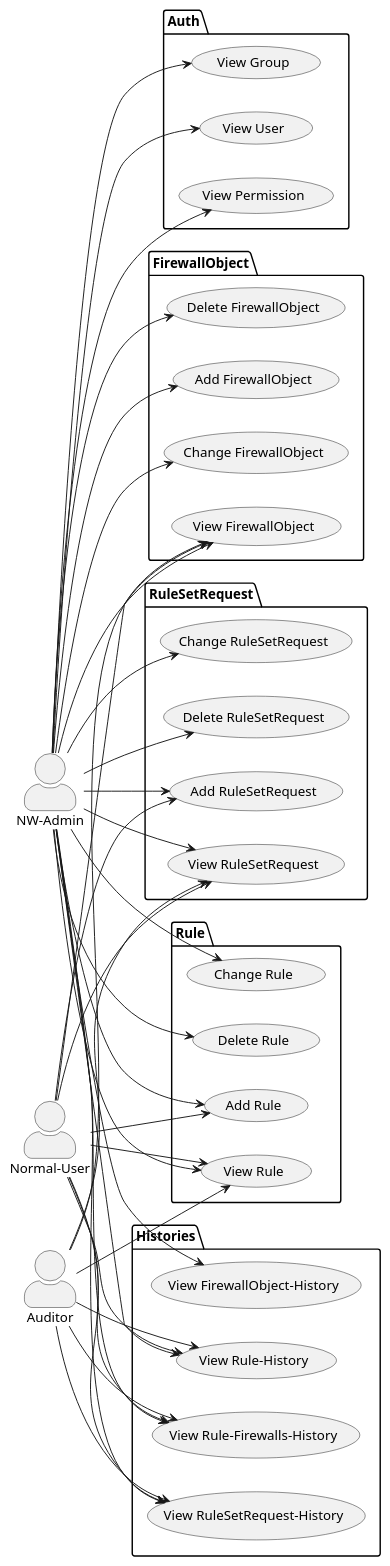
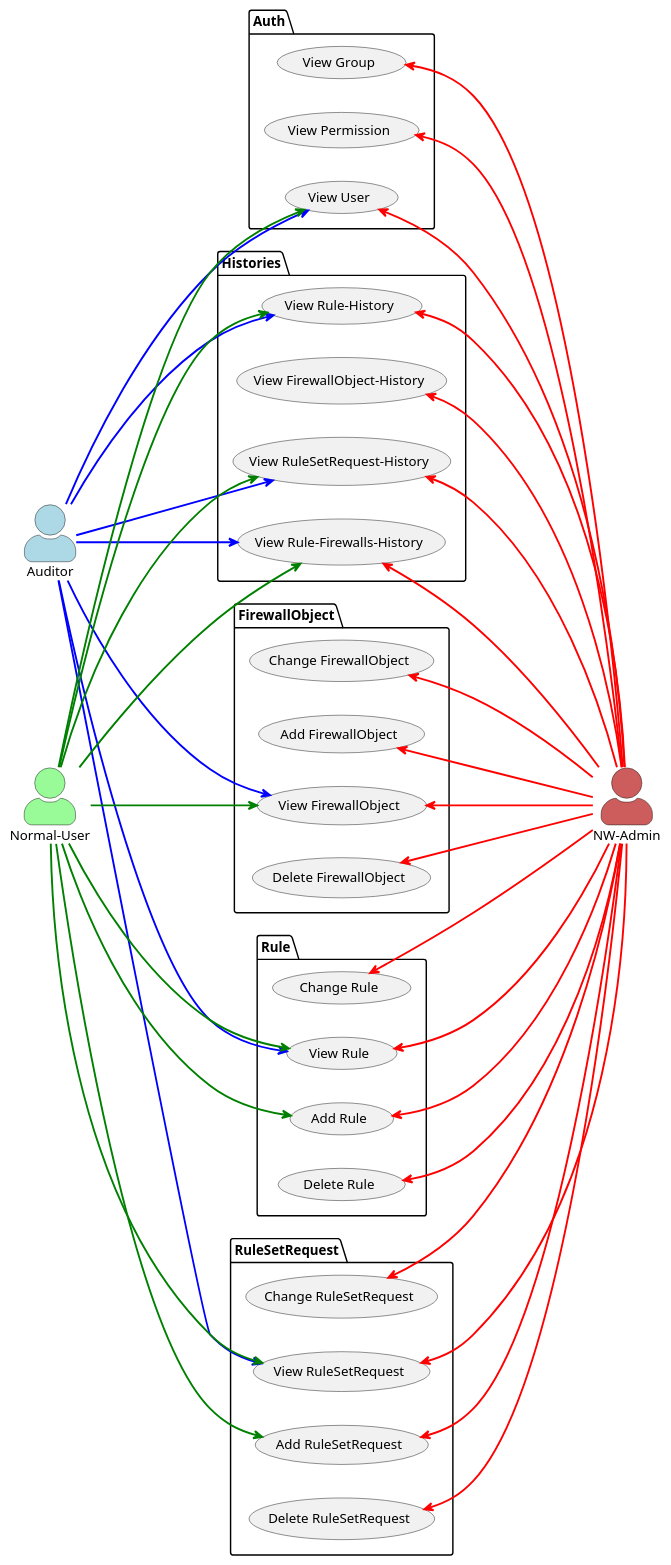
Before and after one commit to DerFuz/firewall-rule-center: the diagram in docs/permissions.plantuml, drawn with PlantUML. The commit also changed 4 other files, not shown here.

Commit message:
updated permissions graphics

```diff
--- a/docs/permissions.plantuml
+++ b/docs/permissions.plantuml
@@ -1,81 +1,83 @@
 @startuml
+
 left to right direction
 
 skinparam actorStyle awesome
+skinparam ranksep 150
 
-actor "NW-Admin" as nwadmin
-actor "Normal-User" as user
-actor "Auditor" as auditor
+actor "NW-Admin" as nwadmin #indianred
+actor "Normal-User" as user #palegreen
+actor "Auditor" as auditor #lightblue
 
 package Auth {
   usecase "View Permission" as view_permission
   usecase "View Group" as view_group
   usecase "View User" as view_user
 }
 
 package Histories {
   usecase "View FirewallObject-History" as view_historicalfirewallobject
   usecase "View Rule-History" as view_historicalrule
   usecase "View Rule-Firewalls-History" as view_historicalrule_firewalls
   usecase "View RuleSetRequest-History" as view_historicalrulesetrequest
 }
 
 package FirewallObject {
   usecase "Add FirewallObject" as add_firewallobject
   usecase "Change FirewallObject" as change_firewallobject
   usecase "Delete FirewallObject" as delete_firewallobject
   usecase "View FirewallObject" as view_firewallobject
 }
 
 package Rule {
   usecase "Add Rule" as add_rule
   usecase "Change Rule" as change_rule
   usecase "Delete Rule" as delete_rule
   usecase "View Rule" as view_rule
 }
 
 package RuleSetRequest {
   usecase "Add RuleSetRequest" as add_rulesetrequest
   usecase "Change RuleSetRequest" as change_rulesetrequest
   usecase "Delete RuleSetRequest" as delete_rulesetrequest
   usecase "View RuleSetRequest" as view_rulesetrequest
 }
 
-nwadmin --> view_permission
-nwadmin --> view_group
-nwadmin --> view_user
-nwadmin --> view_historicalfirewallobject
-nwadmin --> view_historicalrule
-nwadmin --> view_historicalrule_firewalls
-nwadmin --> view_historicalrulesetrequest
-nwadmin --> add_firewallobject
-nwadmin --> change_firewallobject
-nwadmin --> delete_firewallobject
-nwadmin --> view_firewallobject
-nwadmin --> add_rule
-nwadmin --> change_rule
-nwadmin --> delete_rule
-nwadmin --> view_rule
-nwadmin --> add_rulesetrequest
-nwadmin --> change_rulesetrequest
-nwadmin --> delete_rulesetrequest
-nwadmin --> view_rulesetrequest
+nwadmin -u[#red,bold]-> view_permission
+nwadmin -u[#red,bold]-> view_group
+nwadmin -u[#red,bold]-> view_user
+nwadmin -u[#red,bold]-> view_historicalfirewallobject
+nwadmin -u[#red,bold]-> view_historicalrule
+nwadmin -u[#red,bold]-> view_historicalrule_firewalls
+nwadmin -u[#red,bold]-> view_historicalrulesetrequest
+nwadmin -u[#red,bold]-> add_firewallobject
+nwadmin -u[#red,bold]-> change_firewallobject
+nwadmin -u[#red,bold]-> delete_firewallobject
+nwadmin -u[#red,bold]-> view_firewallobject
+nwadmin -u[#red,bold]-> add_rule
+nwadmin -u[#red,bold]-> change_rule
+nwadmin -u[#red,bold]-> delete_rule
+nwadmin -u[#red,bold]-> view_rule
+nwadmin -u[#red,bold]-> add_rulesetrequest
+nwadmin -u[#red,bold]-> change_rulesetrequest
+nwadmin -u[#red,bold]-> delete_rulesetrequest
+nwadmin -u[#red,bold]-> view_rulesetrequest
 
-auditor --> view_firewallobject
-auditor --> view_historicalrule
-auditor --> view_historicalrule_firewalls
-auditor --> view_rule
-auditor --> view_historicalrulesetrequest
-auditor --> view_rulesetrequest
+auditor -[#blue,bold]-> view_user
+auditor -[#blue,bold]-> view_firewallobject
+auditor -[#blue,bold]-> view_historicalrule
+auditor -[#blue,bold]-> view_historicalrule_firewalls
+auditor -[#blue,bold]-> view_rule
+auditor -[#blue,bold]-> view_historicalrulesetrequest
+auditor -[#blue,bold]-> view_rulesetrequest
 
-user --> view_firewallobject
-user --> view_historicalrule
-user --> view_historicalrule_firewalls
-user --> add_rule
-user --> view_rule
-user --> view_historicalrulesetrequest
-user --> add_rulesetrequest
-user --> view_rulesetrequest
-
-
+user -[#green,bold]-> view_user
+user -[#green,bold]-> view_firewallobject
+user -[#green,bold]-> view_historicalrule
+user -[#green,bold]-> view_historicalrule_firewalls
+user -[#green,bold]-> add_rule
+user -[#green,bold]-> view_rule
+user -[#green,bold]-> view_historicalrulesetrequest
+user -[#green,bold]-> add_rulesetrequest
+user -[#green,bold]-> view_rulesetrequest
 @enduml
```
